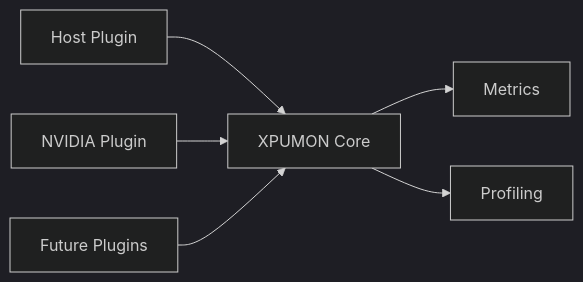
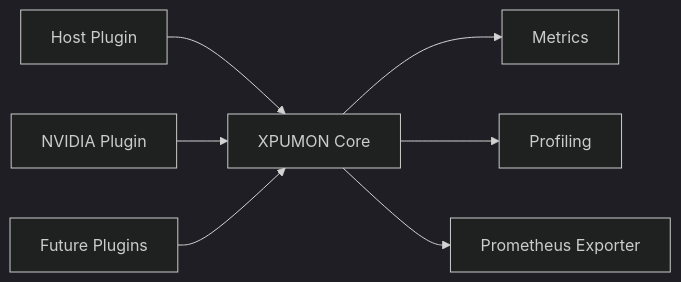
The diagram in README.md (hdimmfh/xpu-monitor-agent), drawn with Mermaid (dark theme) before and after one commit. The commit also changed other lines of this file, not shown here.

````diff
--- a/README.md
+++ b/README.md
@@ -31,13 +40,14 @@
 ```mermaid
 flowchart LR
     Host["Host Plugin"]
     NVIDIA["NVIDIA Plugin"]
     Future["Future Plugins"]
 
     Host --> Core["XPUMON Core"]
     NVIDIA --> Core
     Future --> Core
 
     Core --> Metrics["Metrics"]
     Core --> Profiling["Profiling"]
+    Core --> Exporter["Prometheus Exporter"]
 ```
````
